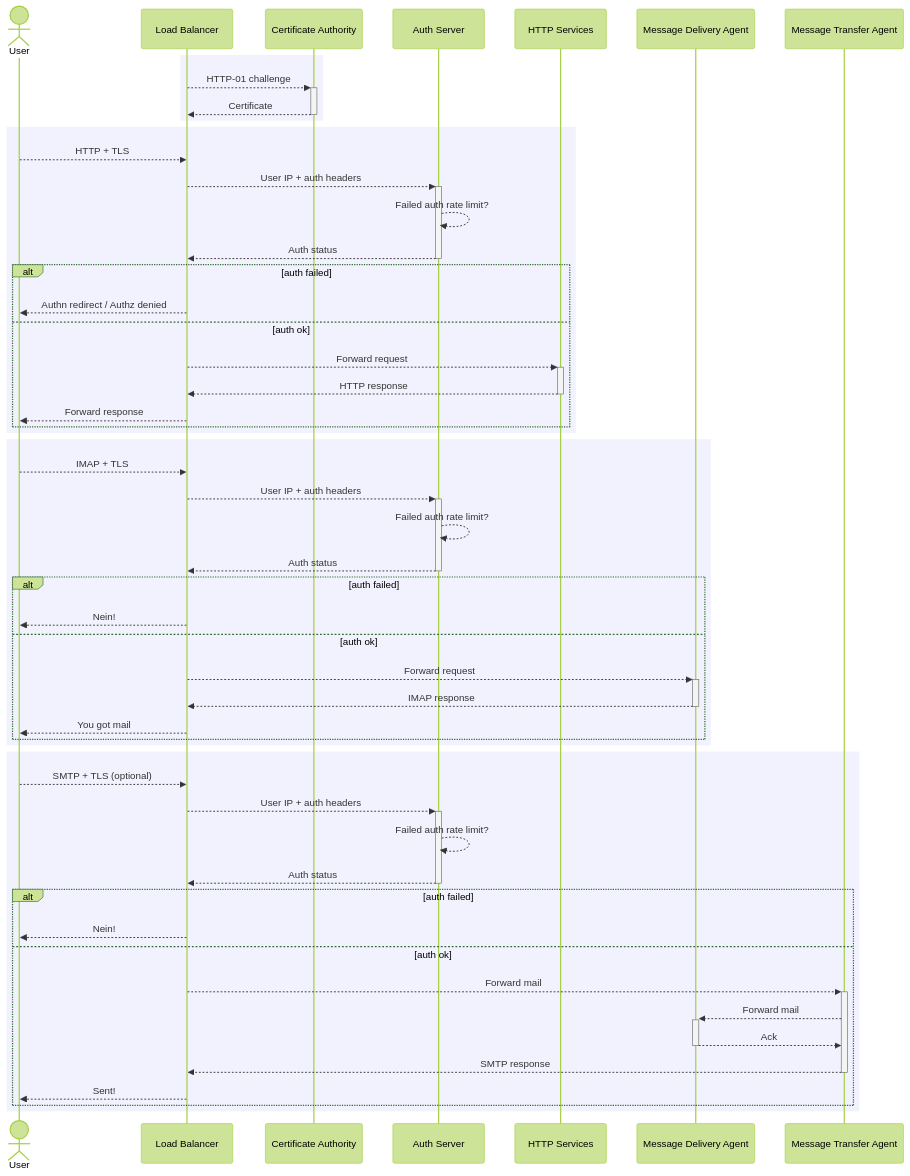
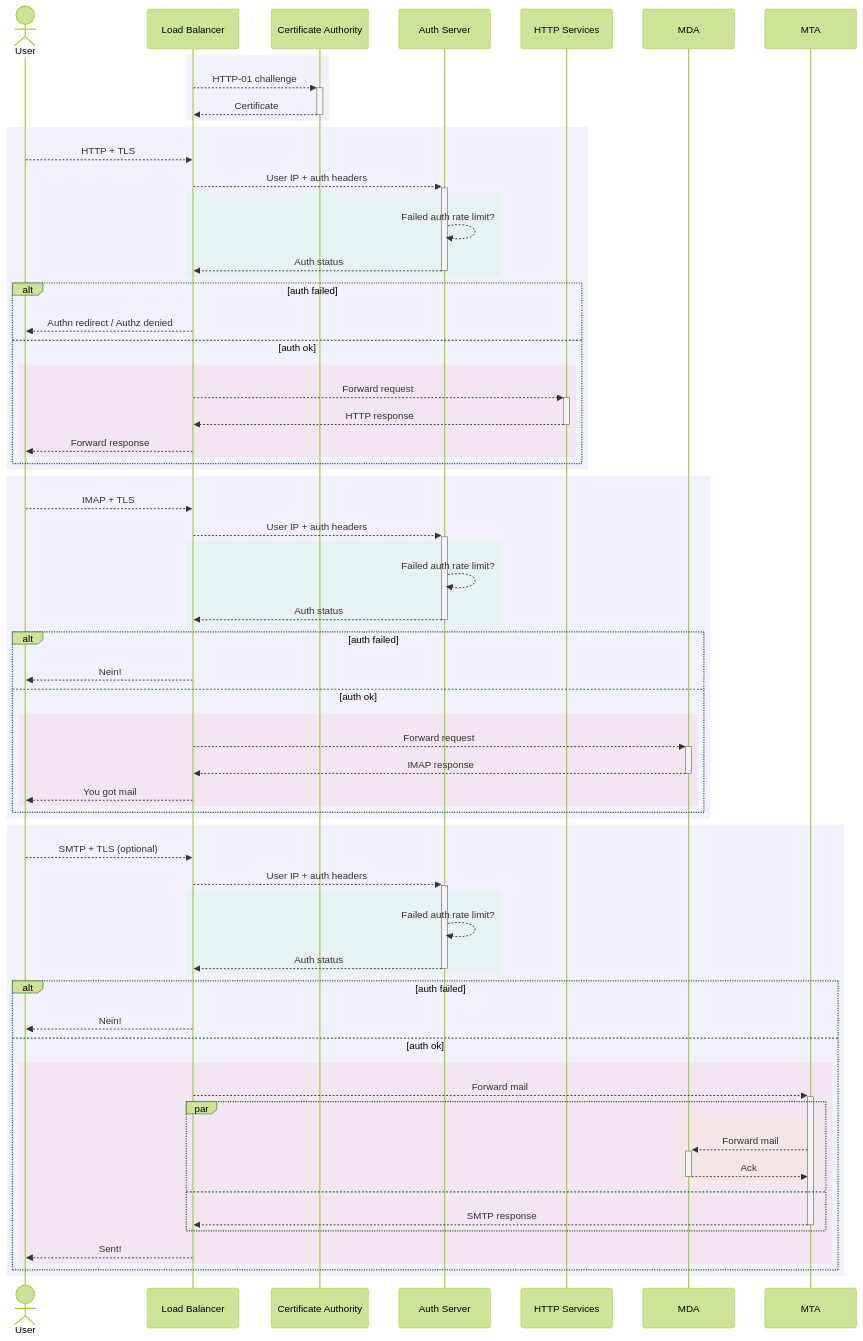
Before and after one commit to ms-jpq/lab: the fourth of 4 diagrams in doc/NETWORK.md, drawn with Mermaid (forest theme). The commit also changed other lines of this file, not shown here.

````diff
--- a/doc/NETWORK.md
+++ b/doc/NETWORK.md
@@ -74,59 +78,76 @@
 ```mermaid
 sequenceDiagram
   actor user as User
   participant nginx as Load Balancer
   participant letsencrypt as Certificate Authority
   participant haproxy_nginx as Auth Server
   participant http_srv as HTTP Services
-  participant mda as Message Delivery Agent
-  participant mta as Message Transfer Agent
+  participant mda as MDA
+  participant mta as MTA
 
   rect rgba(0, 0, 255, 0.05)
     nginx -->>+ letsencrypt: HTTP-01 challenge
     letsencrypt -->>- nginx: Certificate
   end
 
   rect rgba(0, 0, 255, 0.05)
     user -->> nginx : HTTP + TLS
     nginx -->>+ haproxy_nginx : User IP + auth headers
-    haproxy_nginx -->> haproxy_nginx : Failed auth rate limit?
-    haproxy_nginx -->>- nginx: Auth status
+    rect rgba(0, 255, 0, 0.05)
+      haproxy_nginx -->> haproxy_nginx : Failed auth rate limit?
+      haproxy_nginx -->>- nginx: Auth status
+    end
     alt auth failed
       nginx -->> user : Authn redirect / Authz denied
     else auth ok
-      nginx -->>+ http_srv : Forward request
-      http_srv -->>- nginx: HTTP response
-      nginx -->> user : Forward response
+      rect rgba(255, 0, 0, 0.05)
+        nginx -->>+ http_srv : Forward request
+        http_srv -->>- nginx: HTTP response
+        nginx -->> user : Forward response
+      end
     end
   end
 
   rect rgba(0, 0, 255, 0.05)
     user -->> nginx : IMAP + TLS
     nginx -->>+ haproxy_nginx : User IP + auth headers
-    haproxy_nginx -->> haproxy_nginx : Failed auth rate limit?
-    haproxy_nginx -->>- nginx: Auth status
+    rect rgba(0, 255, 0, 0.05)
+      haproxy_nginx -->> haproxy_nginx : Failed auth rate limit?
+      haproxy_nginx -->>- nginx: Auth status
+    end
     alt auth failed
       nginx -->> user : Nein!
     else auth ok
-      nginx -->>+ mda : Forward request
-      mda -->>- nginx: IMAP response
-      nginx -->> user : You got mail
+      rect rgba(255, 0, 0, 0.05)
+        nginx -->>+ mda : Forward request
+        mda -->>- nginx: IMAP response
+        nginx -->> user : You got mail
+      end
     end
   end
 
   rect rgba(0, 0, 255, 0.05)
     user -->> nginx : SMTP + TLS (optional)
     nginx -->>+ haproxy_nginx : User IP + auth headers
-    haproxy_nginx -->> haproxy_nginx : Failed auth rate limit?
-    haproxy_nginx -->>- nginx: Auth status
+    rect rgba(0, 255, 0, 0.05)
+      haproxy_nginx -->> haproxy_nginx : Failed auth rate limit?
+      haproxy_nginx -->>- nginx: Auth status
+    end
     alt auth failed
       nginx -->> user : Nein!
     else auth ok
-      nginx -->>+ mta : Forward mail
-      mta -->>+ mda: Forward mail
-      mda -->>- mta: Ack
-      mta -->>- nginx: SMTP response
-      nginx -->> user : Sent!
+      rect rgba(255, 0, 0, 0.05)
+        nginx -->>+ mta : Forward mail
+        par
+          rect rgba(255, 255, 0, 0.05)
+            mta -->>+ mda: Forward mail
+            mda -->>- mta: Ack
+          end
+        and
+          mta -->>- nginx: SMTP response
+        end
+        nginx -->> user : Sent!
+      end
     end
   end
 ```
````
